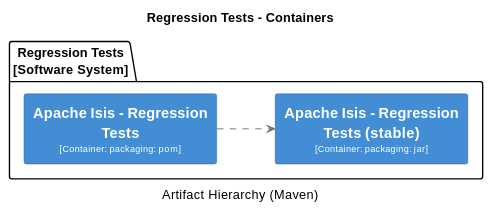
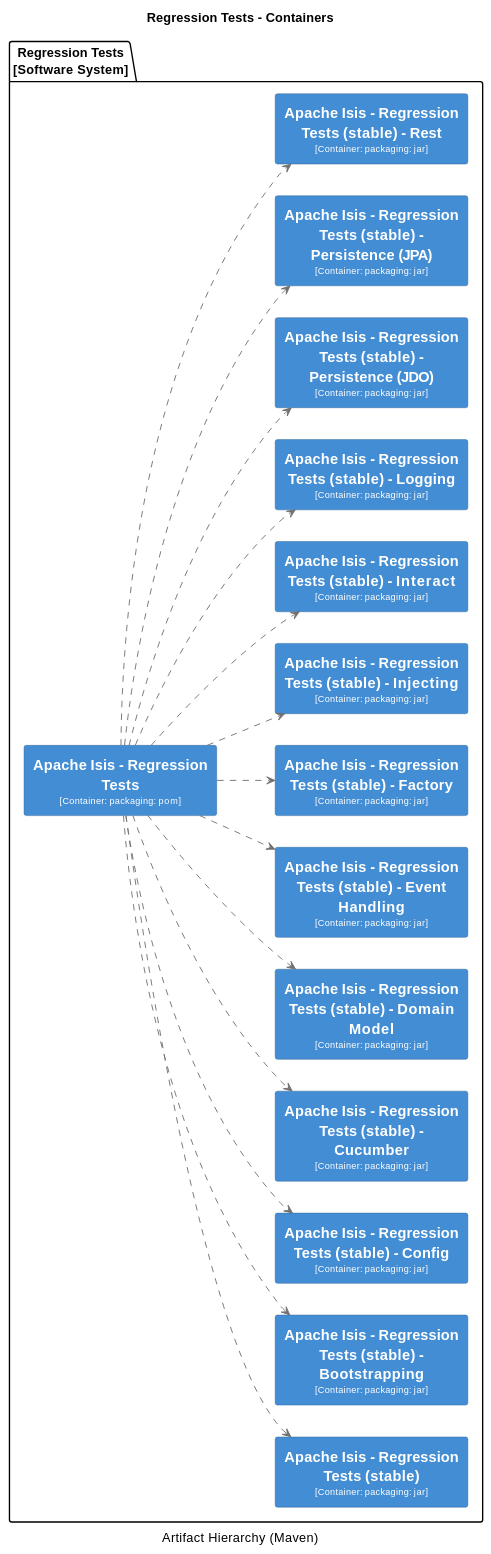
Diagram 34 of 38 in core/adoc/modules/_overview/pages/about.adoc (apache/causeway), drawn with PlantUML before and after one commit. The commit also changed other lines of this file and 20 other files, not shown here.

```diff
--- a/core/adoc/modules/_overview/pages/about.adoc
+++ b/core/adoc/modules/_overview/pages/about.adoc
@@ -5594,6 +5581,31 @@
 }
 hide stereotype
 left to right direction
+skinparam rectangle<<11>> {
+  BackgroundColor #438dd5
+  FontColor #fffffe
+  BorderColor #2E6295
+}
+skinparam rectangle<<12>> {
+  BackgroundColor #438dd5
+  FontColor #fffffe
+  BorderColor #2E6295
+}
+skinparam rectangle<<13>> {
+  BackgroundColor #438dd5
+  FontColor #fffffe
+  BorderColor #2E6295
+}
+skinparam rectangle<<14>> {
+  BackgroundColor #438dd5
+  FontColor #fffffe
+  BorderColor #2E6295
+}
+skinparam rectangle<<15>> {
+  BackgroundColor #438dd5
+  FontColor #fffffe
+  BorderColor #2E6295
+}
 skinparam rectangle<<2>> {
   BackgroundColor #438dd5
   FontColor #fffffe
@@ -5604,10 +5616,69 @@
   FontColor #fffffe
   BorderColor #2E6295
 }
+skinparam rectangle<<4>> {
+  BackgroundColor #438dd5
+  FontColor #fffffe
+  BorderColor #2E6295
+}
+skinparam rectangle<<5>> {
+  BackgroundColor #438dd5
+  FontColor #fffffe
+  BorderColor #2E6295
+}
+skinparam rectangle<<6>> {
+  BackgroundColor #438dd5
+  FontColor #fffffe
+  BorderColor #2E6295
+}
+skinparam rectangle<<7>> {
+  BackgroundColor #438dd5
+  FontColor #fffffe
+  BorderColor #2E6295
+}
+skinparam rectangle<<8>> {
+  BackgroundColor #438dd5
+  FontColor #fffffe
+  BorderColor #2E6295
+}
+skinparam rectangle<<9>> {
+  BackgroundColor #438dd5
+  FontColor #fffffe
+  BorderColor #2E6295
+}
+skinparam rectangle<<10>> {
+  BackgroundColor #438dd5
+  FontColor #fffffe
+  BorderColor #2E6295
+}
 package "Regression Tests\n[Software System]" {
   rectangle "==Apache Isis - Regression Tests\n<size:10>[Container: packaging: pom]</size>" <<2>> as 2
   rectangle "==Apache Isis - Regression Tests (stable)\n<size:10>[Container: packaging: jar]</size>" <<3>> as 3
+  rectangle "==Apache Isis - Regression Tests (stable) - Bootstrapping\n<size:10>[Container: packaging: jar]</size>" <<4>> as 4
+  rectangle "==Apache Isis - Regression Tests (stable) - Config\n<size:10>[Container: packaging: jar]</size>" <<5>> as 5
+  rectangle "==Apache Isis - Regression Tests (stable) - Cucumber\n<size:10>[Container: packaging: jar]</size>" <<6>> as 6
+  rectangle "==Apache Isis - Regression Tests (stable) - Domain Model\n<size:10>[Container: packaging: jar]</size>" <<7>> as 7
+  rectangle "==Apache Isis - Regression Tests (stable) - Event Handling\n<size:10>[Container: packaging: jar]</size>" <<8>> as 8
+  rectangle "==Apache Isis - Regression Tests (stable) - Factory\n<size:10>[Container: packaging: jar]</size>" <<9>> as 9
+  rectangle "==Apache Isis - Regression Tests (stable) - Injecting\n<size:10>[Container: packaging: jar]</size>" <<10>> as 10
+  rectangle "==Apache Isis - Regression Tests (stable) - Interact\n<size:10>[Container: packaging: jar]</size>" <<11>> as 11
+  rectangle "==Apache Isis - Regression Tests (stable) - Logging\n<size:10>[Container: packaging: jar]</size>" <<12>> as 12
+  rectangle "==Apache Isis - Regression Tests (stable) - Persistence (JDO)\n<size:10>[Container: packaging: jar]</size>" <<13>> as 13
+  rectangle "==Apache Isis - Regression Tests (stable) - Persistence (JPA)\n<size:10>[Container: packaging: jar]</size>" <<14>> as 14
+  rectangle "==Apache Isis - Regression Tests (stable) - Rest\n<size:10>[Container: packaging: jar]</size>" <<15>> as 15
 }
 2 .[#707070].> 3 : ""
+2 .[#707070].> 4 : ""
+2 .[#707070].> 5 : ""
+2 .[#707070].> 6 : ""
+2 .[#707070].> 7 : ""
+2 .[#707070].> 8 : ""
+2 .[#707070].> 9 : ""
+2 .[#707070].> 10 : ""
+2 .[#707070].> 11 : ""
+2 .[#707070].> 12 : ""
+2 .[#707070].> 13 : ""
+2 .[#707070].> 14 : ""
+2 .[#707070].> 15 : ""
 @enduml
 ----
```
